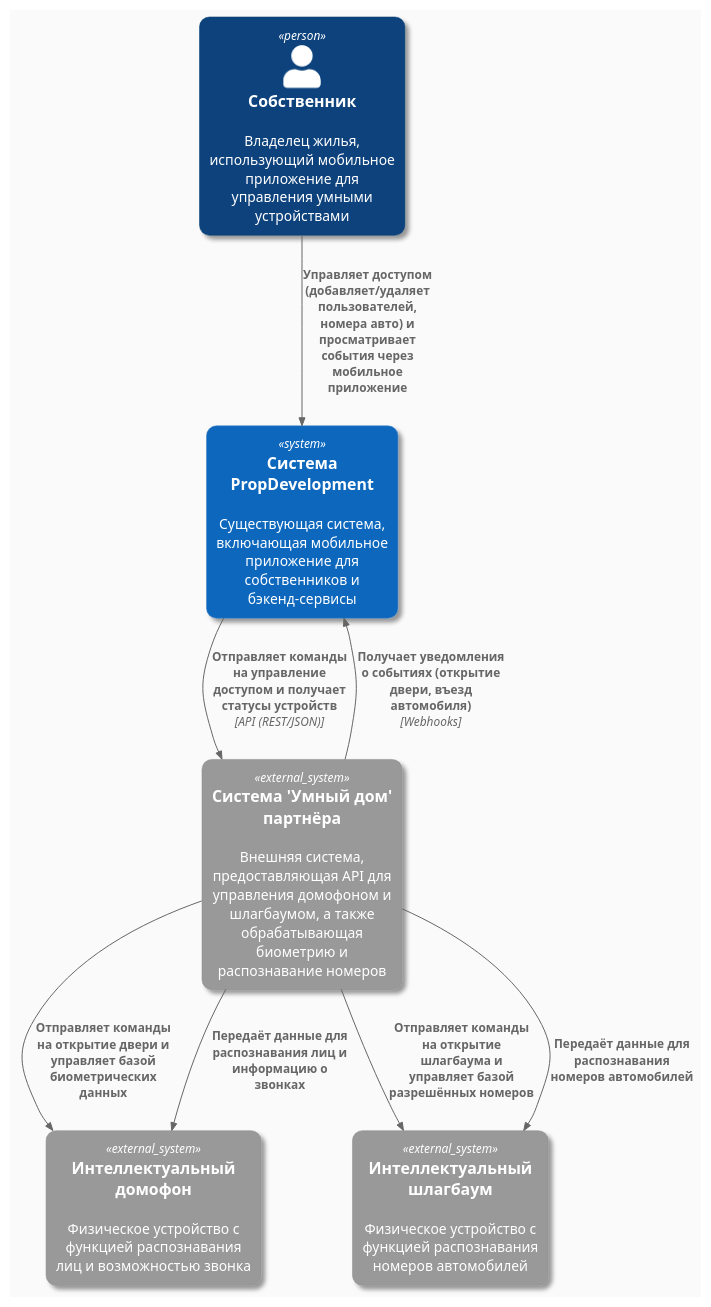
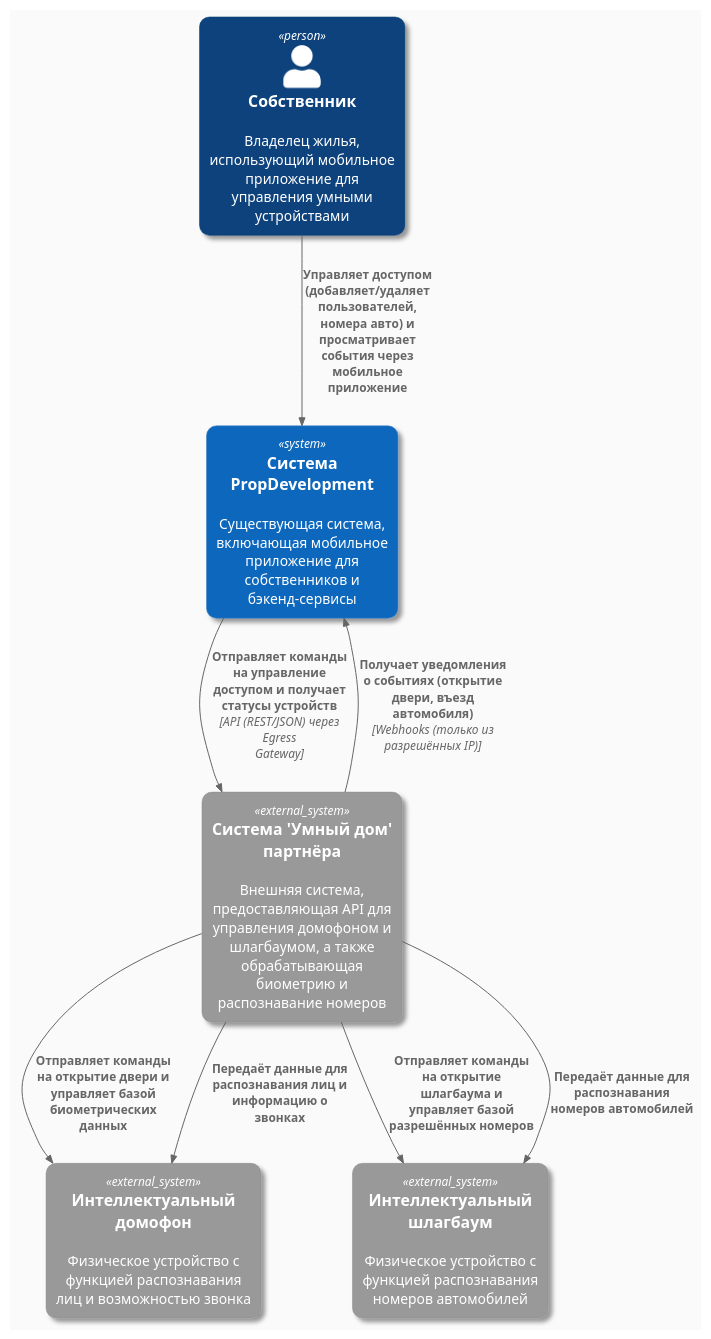
One commit to AlexanderMATI/architecture-pro-propdevelopment changed the diagram in Task3/Task3 Context C4.puml. Above: the diagram before and after it, drawn with PlantUML. The commit also changed 1 other file, not shown here.

```diff
--- a/Task3/Task3 Context C4.puml
+++ b/Task3/Task3 Context C4.puml
@@ -1,27 +1,26 @@
 @startuml
 !include <C4/C4_Container>
 
 skinparam {
     backgroundColor #FAFAFA
     roundCorner 20
     shadowing true
     wrapWidth 200
 }
 
 Person(owner, "Собственник", "Владелец жилья, использующий мобильное приложение для управления умными устройствами")
 
 System(propdev_system, "Система PropDevelopment", "Существующая система, включающая мобильное приложение для собственников и бэкенд-сервисы")
 System_Ext(partner_smarthome_system, "Система 'Умный дом' партнёра", "Внешняя система, предоставляющая API для управления домофоном и шлагбаумом, а также обрабатывающая биометрию и распознавание номеров")
 System_Ext(intercom, "Интеллектуальный домофон", "Физическое устройство с функцией распознавания лиц и возможностью звонка")
 System_Ext(barrier, "Интеллектуальный шлагбаум", "Физическое устройство с функцией распознавания номеров автомобилей")
 
 Rel(owner, propdev_system, "Управляет доступом (добавляет/удаляет пользователей, номера авто) и просматривает события через мобильное приложение")
-Rel(propdev_system, partner_smarthome_system, "Отправляет команды на управление доступом и получает статусы устройств", "API (REST/JSON)")
-Rel_Back(propdev_system, partner_smarthome_system, "Получает уведомления о событиях (открытие двери, въезд автомобиля)", "Webhooks")
+Rel(propdev_system, partner_smarthome_system, "Отправляет команды на управление доступом и получает статусы устройств", "API (REST/JSON) через Egress Gateway")
+Rel_Back(propdev_system, partner_smarthome_system, "Получает уведомления о событиях (открытие двери, въезд автомобиля)", "Webhooks (только из разрешённых IP)")
 Rel(partner_smarthome_system, intercom, "Отправляет команды на открытие двери и управляет базой биометрических данных")
 Rel(partner_smarthome_system, barrier, "Отправляет команды на открытие шлагбаума и управляет базой разрешённых номеров")
-
 Rel_Back(intercom, partner_smarthome_system, "Передаёт данные для распознавания лиц и информацию о звонках")
 Rel_Back(barrier, partner_smarthome_system, "Передаёт данные для распознавания номеров автомобилей")
 
 @enduml
```
